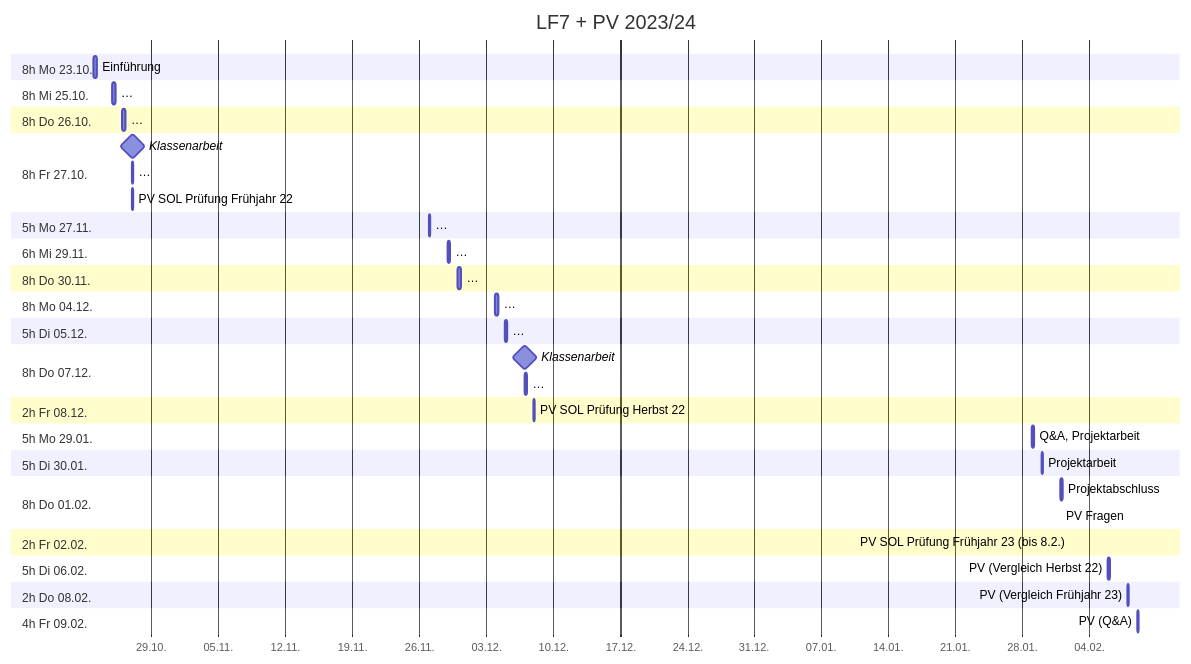
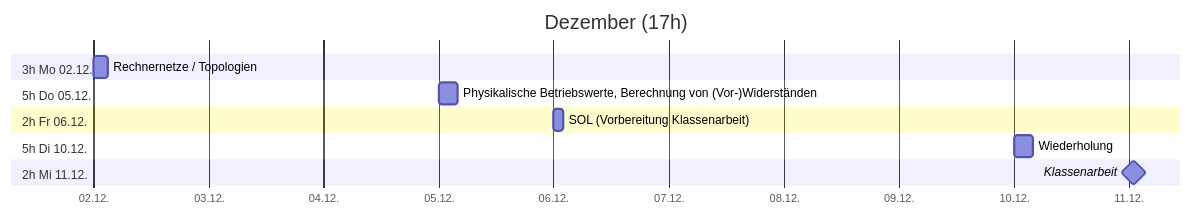
The third of 6 diagrams in src/plan.md (passa-wq/LF7), drawn with Mermaid before and after one commit. The commit also changed other lines of this file and 7 other files, not shown here.

````diff
--- a/src/plan.md
+++ b/src/plan.md
@@ -5,46 +31,16 @@
 ```mermaid
 gantt
- title LF7 + PV 2023/24
+ title Dezember (17h)
  dateFormat YYYY-MM-DD
  axisFormat %d.%m.
- section 8h Mo 23.10.
-  Einführung                  :2023-10-23, 8h
- section 8h Mi 25.10.
-  …                           :2023-10-25, 8h
- section 8h Do 26.10.
-  …                           :2023-10-26, 8h
- section 8h Fr 27.10.
-  Klassenarbeit               :milestone, 2023-10-27, 2h
-  …                           :2023-10-27, 4h
-  PV SOL Prüfung Frühjahr 22  :2023-10-27, 2h
- section 5h Mo 27.11.
-  …                           :2023-11-27, 5h
- section 6h Mi 29.11.
-  …                           :2023-11-29, 6h
- section 8h Do 30.11.
-  …                           :2023-11-30, 8h
- section 8h Mo 04.12.
-  …                           :2023-12-04, 7h
- section 5h Di 05.12.
-  …                           :2023-12-05, 5h
- section 8h Do 07.12.
-  Klassenarbeit               :milestone, 2023-12-07, 2h
-  …                           :2023-12-07, 6h
- section 2h Fr 08.12.
-  PV SOL Prüfung Herbst 22    :2023-12-08, 2h
- section 5h Mo 29.01.
-  Q&A, Projektarbeit          :2024-01-29, 5h
- section 5h Di 30.01.
-  Projektarbeit               :2024-01-30, 5h
- section 8h Do 01.02.
-  Projektabschluss            :2024-02-01, 7h
-  PV Fragen                   :2024-02-01, 1h
- section 2h Fr 02.02.
-  PV SOL Prüfung Frühjahr 23 (bis 8.2.) :2024-02-02, 2h
- section 5h Di 06.02.
-  PV (Vergleich Herbst 22)    :2024-02-06, 5h
- section 2h Do 08.02.
-  PV (Vergleich Frühjahr 23)  :2024-02-08, 2h
- section 4h Fr 09.02.
-  PV (Q&A)                    :2024-02-09, 4h
+ section 3h Mo 02.12.
+  Rechnernetze / Topologien   :2024-12-02, 3h
+ section 5h Do 05.12.
+  Physikalische Betriebswerte, Berechnung von (Vor-)Widerständen  :2024-12-05, 4h
+ section 2h Fr 06.12.
+  SOL (Vorbereitung Klassenarbeit)  :2024-12-06, 2h
+ section 5h Di 10.12.
+  Wiederholung                :2024-12-10, 4h
+ section 2h Mi 11.12.
+  Klassenarbeit               :milestone, 2024-12-11, 2h
 ```
````
